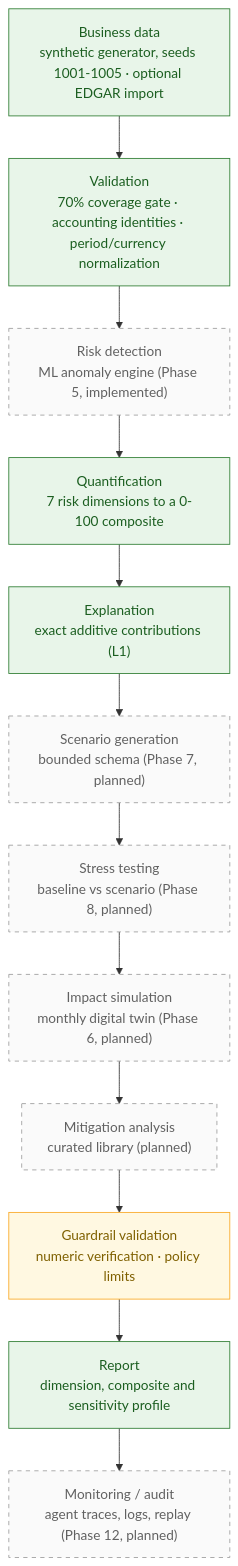
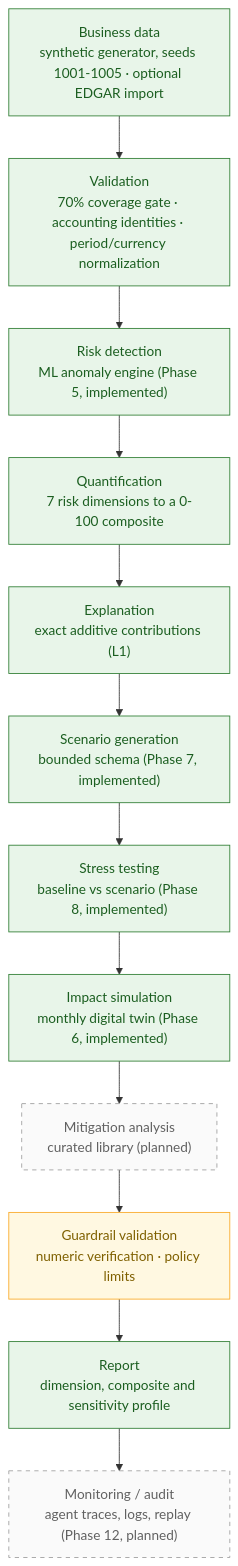
Before and after one commit to SuryanshSharma500123597/Ai-Business-Risk: the first of 2 diagrams in README.md, drawn with Mermaid. The commit also changed other lines of this file and 19 other files, not shown here.

````diff
--- a/README.md
+++ b/README.md
@@ -83,22 +87,22 @@
 ```mermaid
 flowchart TD
     A["Business data<br/>synthetic generator, seeds 1001-1005 · optional EDGAR import"] --> B["Validation<br/>70% coverage gate · accounting identities · period/currency normalization"]
     B --> C["Risk detection<br/>ML anomaly engine (Phase 5, implemented)"]
     C --> D["Quantification<br/>7 risk dimensions to a 0-100 composite"]
     D --> E["Explanation<br/>exact additive contributions (L1)"]
-    E --> F["Scenario generation<br/>bounded schema (Phase 7, planned)"]
-    F --> G["Stress testing<br/>baseline vs scenario (Phase 8, planned)"]
-    G --> H["Impact simulation<br/>monthly digital twin (Phase 6, planned)"]
+    E --> F["Scenario generation<br/>bounded schema (Phase 7, implemented)"]
+    F --> G["Stress testing<br/>baseline vs scenario (Phase 8, implemented)"]
+    G --> H["Impact simulation<br/>monthly digital twin (Phase 6, implemented)"]
     H --> I["Mitigation analysis<br/>curated library (planned)"]
     I --> J["Guardrail validation<br/>numeric verification · policy limits"]
     J --> K["Report<br/>dimension, composite and sensitivity profile"]
     K --> L["Monitoring / audit<br/>agent traces, logs, replay (Phase 12, planned)"]
 
     classDef done fill:#e8f5e9,stroke:#2e7d32,color:#1b5e20
     classDef partial fill:#fff8e1,stroke:#f9a825,color:#7f6000
     classDef planned fill:#fafafa,stroke:#9e9e9e,stroke-dasharray:5 5,color:#616161
 
-    class A,B,D,E,K done
+    class A,B,C,D,E,F,G,H,K done
     class J partial
-    class C,F,G,H,I,L planned
+    class I,L planned
 ```
````
